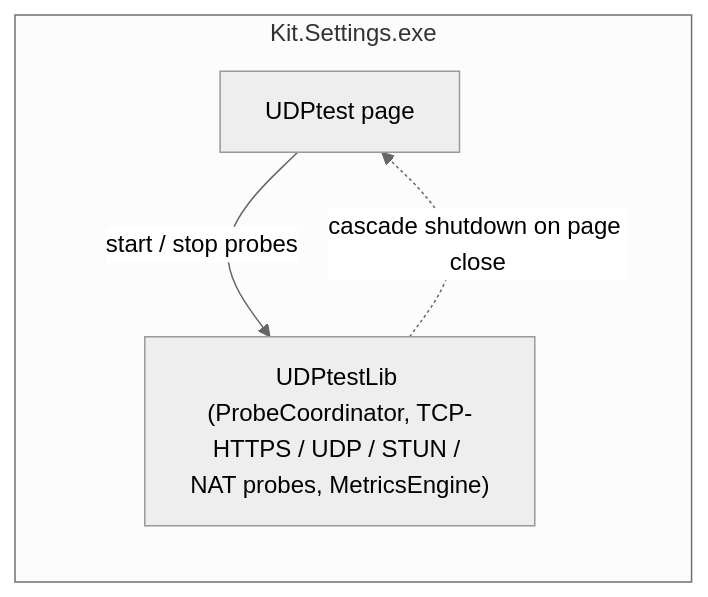
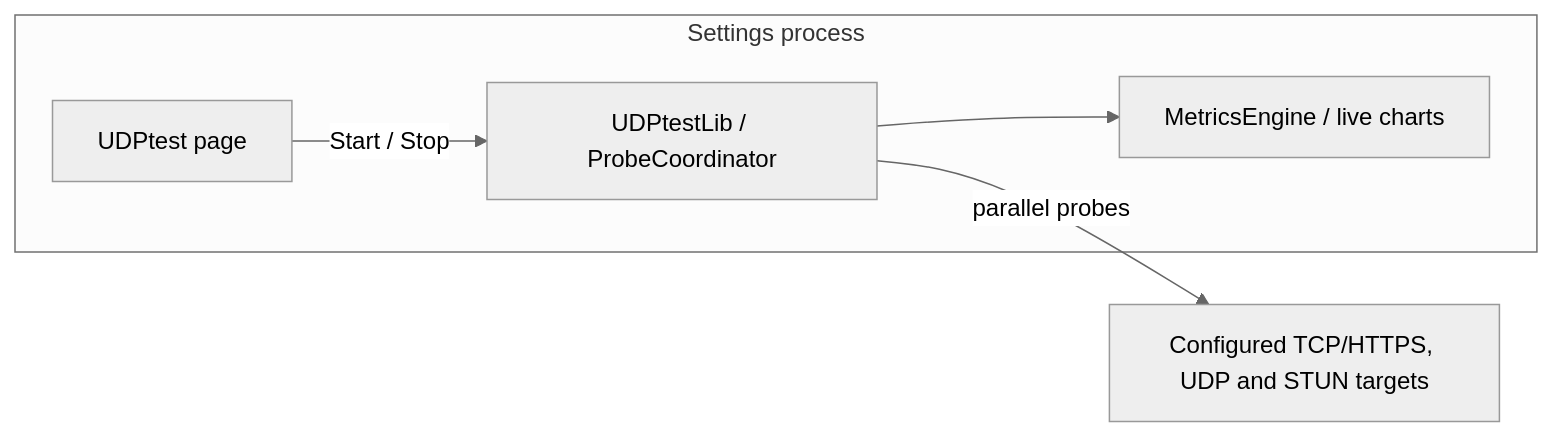
The fifth of 7 diagrams in README.md (guijianchou/Kit), drawn with Mermaid (neutral theme) before and after one commit. The commit also changed other lines of this file and 3 other files, not shown here.

````diff
--- a/README.md
+++ b/README.md
@@ -179,9 +149,8 @@
 ```mermaid
 flowchart LR
-    subgraph S["Kit.Settings.exe"]
-        PG["UDPtest page"]
-        ENG["UDPtestLib (ProbeCoordinator, TCP-HTTPS / UDP / STUN / NAT probes, MetricsEngine)"]
+    subgraph S["Settings process"]
+        PG["UDPtest page"] -->|"Start / Stop"| ENG["UDPtestLib / ProbeCoordinator"]
+        ENG --> METRICS["MetricsEngine / live charts"]
     end
-    PG -->|"start / stop probes"| ENG
-    ENG -.->|"cascade shutdown on page close"| PG
+    ENG -->|"parallel probes"| TARGET["Configured TCP/HTTPS, UDP and STUN targets"]
 ```
````
